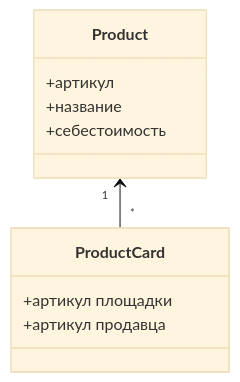
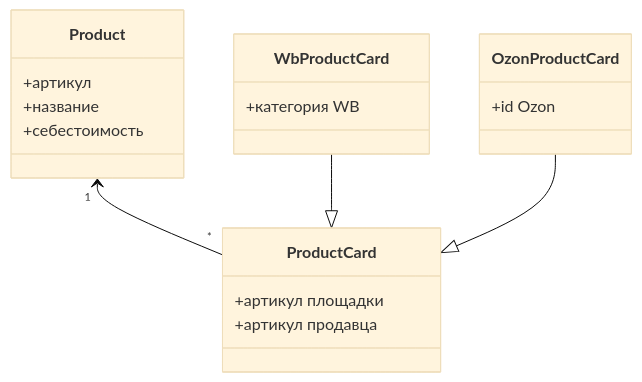
The diagram in vkr_reu/predmetnaya_oblast.md (fasvu/mishchenko_oop_reu), drawn with Mermaid (base theme) before and after one commit. The commit also changed other lines of this file and 1 other file, not shown here.

````diff
--- a/vkr_reu/predmetnaya_oblast.md
+++ b/vkr_reu/predmetnaya_oblast.md
@@ -32,16 +29,24 @@
 ```mermaid
 classDiagram
     direction TB
 
     class Product {
         +артикул
         +название
         +себестоимость
     }
     class ProductCard {
         +артикул площадки
         +артикул продавца
     }
+    class WbProductCard {
+        +категория WB
+    }
+    class OzonProductCard {
+        +id Ozon
+    }
 
     Product "1" <-- "*" ProductCard
+    WbProductCard --|> ProductCard
+    OzonProductCard --|> ProductCard
 ```
````
